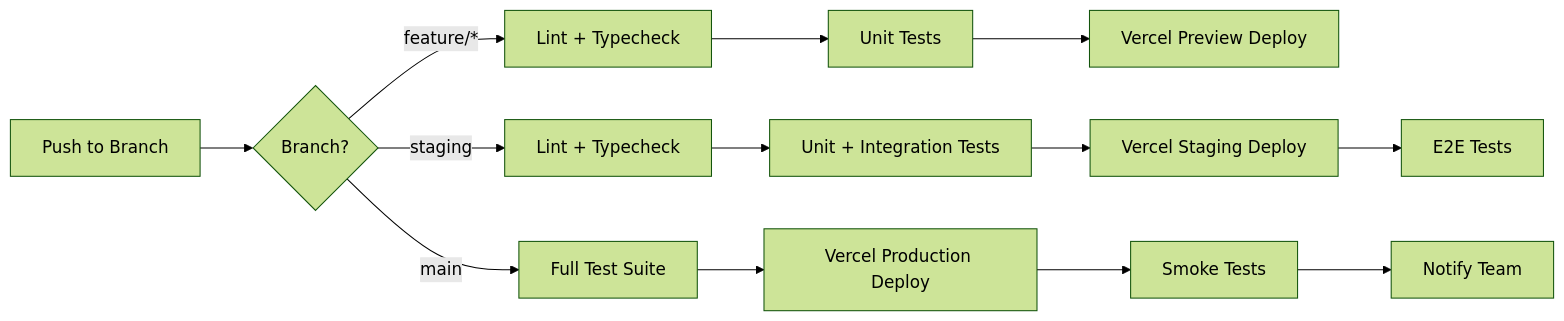
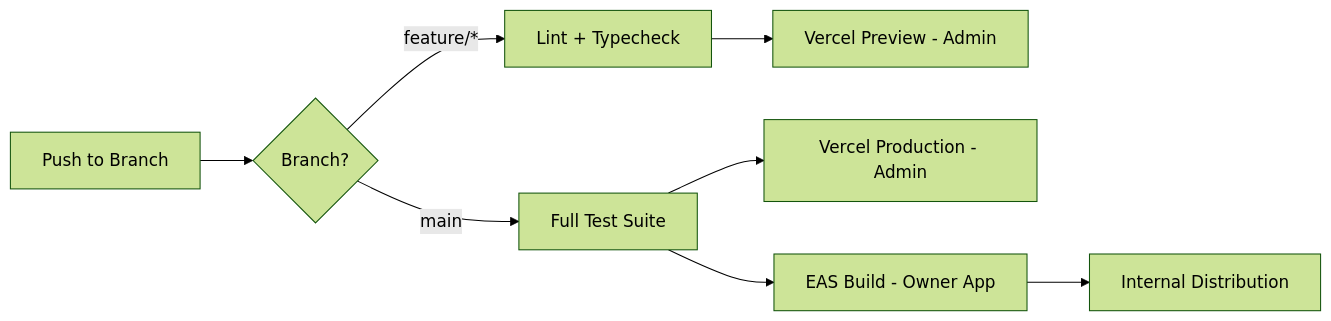
Before and after one commit to CHRISILDAVID/VMS: the diagram in documents/09-mobile-and-deployment.md, drawn with Mermaid (forest theme). The commit also changed other lines of this file and 10 other files, not shown here.

````diff
--- a/documents/09-mobile-and-deployment.md
+++ b/documents/09-mobile-and-deployment.md
@@ -161,17 +154,11 @@
 ```mermaid
 graph LR
     A[Push to Branch] --> B{Branch?}
     B -->|feature/*| C[Lint + Typecheck]
-    C --> D[Unit Tests]
-    D --> E[Vercel Preview Deploy]
+    C --> D[Vercel Preview - Admin]
 
-    B -->|staging| F[Lint + Typecheck]
-    F --> G[Unit + Integration Tests]
-    G --> H[Vercel Staging Deploy]
-    H --> I[E2E Tests]
-
-    B -->|main| J[Full Test Suite]
-    J --> K[Vercel Production Deploy]
-    K --> L[Smoke Tests]
-    L --> M[Notify Team]
+    B -->|main| E[Full Test Suite]
+    E --> F[Vercel Production - Admin]
+    E --> G[EAS Build - Owner App]
+    G --> H[Internal Distribution]
 ```
````
